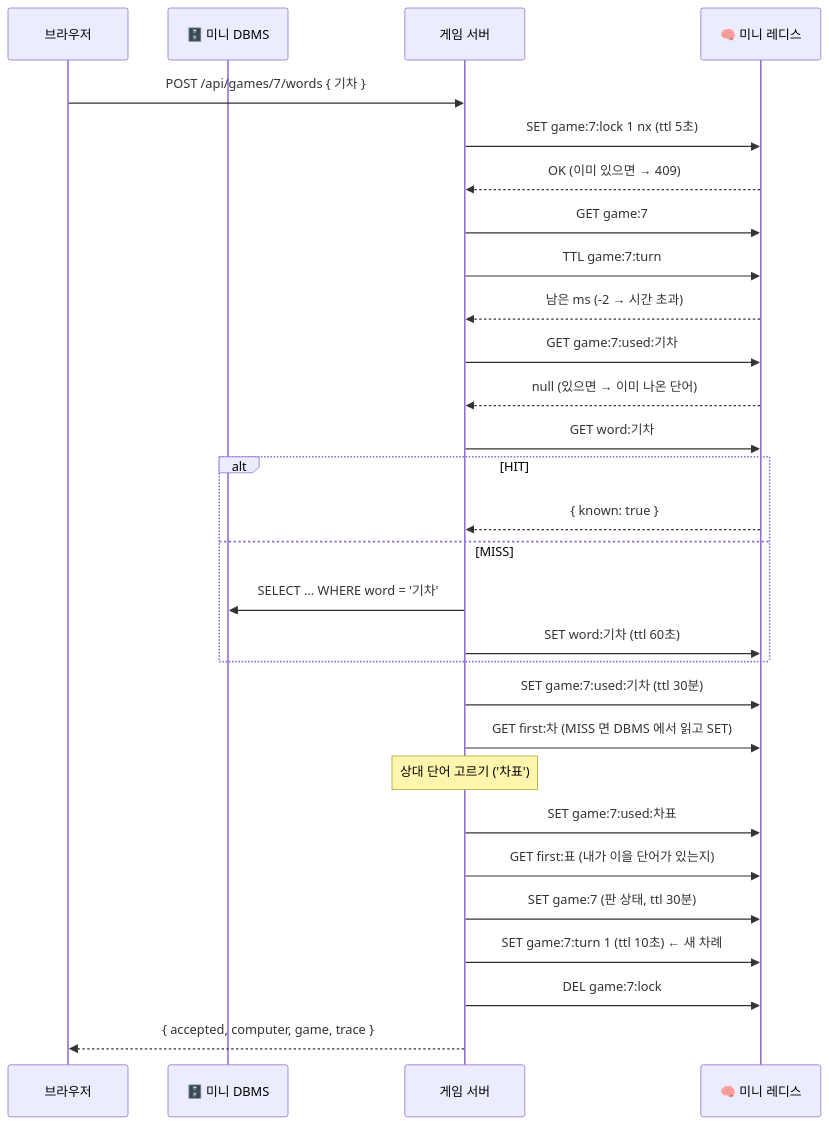
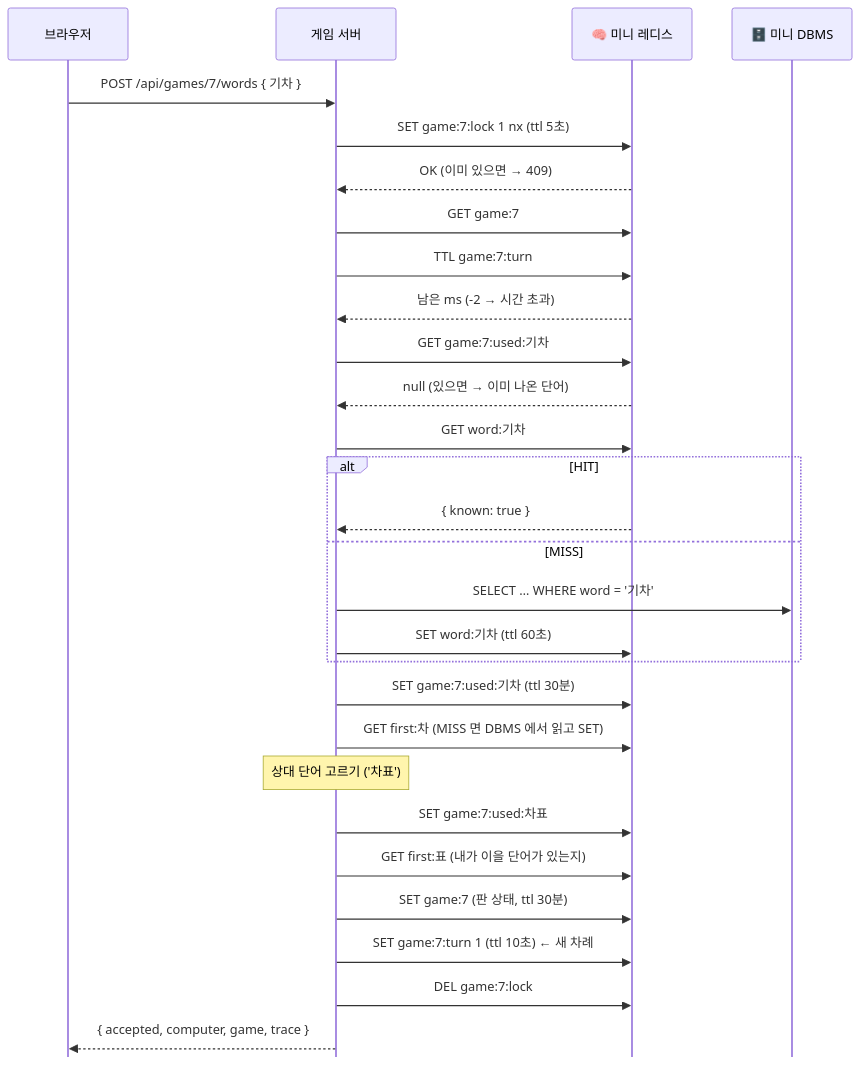
Before and after one commit to ririzu1202/shiritori: the fourth of 5 diagrams in README.md, drawn with Mermaid. The commit also changed other lines of this file, not shown here.

````diff
--- a/README.md
+++ b/README.md
@@ -227,31 +259,32 @@
 ```mermaid
+%%{init: {"sequence": {"mirrorActors": false}}}%%
 sequenceDiagram
   participant B as 브라우저
-  participant D as 🗄️ 미니 DBMS
   participant G as 게임 서버
   participant R as 🧠 미니 레디스
+  participant D as 🗄️ 미니 DBMS
   B->>G: POST /api/games/7/words { 기차 }
   G->>R: SET game:7:lock 1 nx (ttl 5초)
   R-->>G: OK  (이미 있으면 → 409)
   G->>R: GET game:7
   G->>R: TTL game:7:turn
   R-->>G: 남은 ms  (-2 → 시간 초과)
   G->>R: GET game:7:used:기차
   R-->>G: null  (있으면 → 이미 나온 단어)
   G->>R: GET word:기차
   alt HIT
     R-->>G: { known: true }
   else MISS
     G->>D: SELECT … WHERE word = '기차'
     G->>R: SET word:기차 (ttl 60초)
   end
   G->>R: SET game:7:used:기차 (ttl 30분)
   G->>R: GET first:차  (MISS 면 DBMS 에서 읽고 SET)
   Note over G: 상대 단어 고르기 ('차표')
   G->>R: SET game:7:used:차표
   G->>R: GET first:표  (내가 이을 단어가 있는지)
   G->>R: SET game:7 (판 상태, ttl 30분)
   G->>R: SET game:7:turn 1 (ttl 10초)  ← 새 차례
   G->>R: DEL game:7:lock
   G-->>B: { accepted, computer, game, trace }
 ```
````
